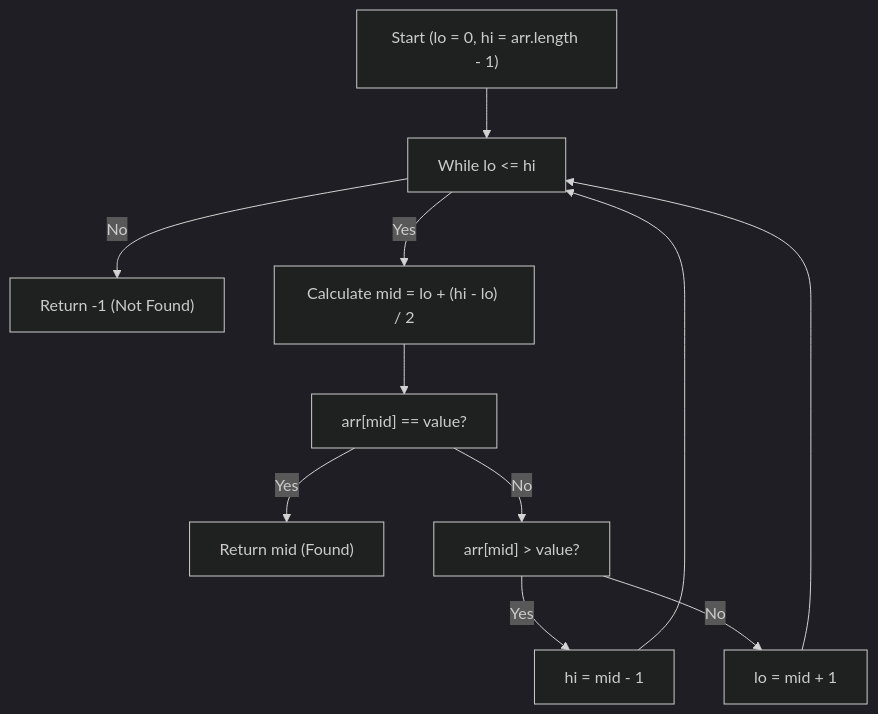
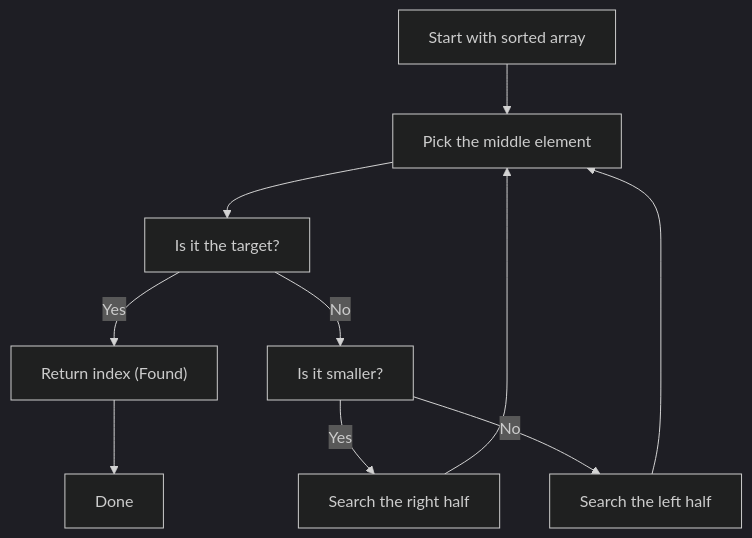
The third of 3 diagrams in dsa/concepts/searching-algos.md (priyanshu-bharti/notes-workflow), drawn with Mermaid (dark theme) before and after one commit. The commit also changed other lines of this file, not shown here.

Commit message:
Updated diagrams for binary search

````diff
--- a/dsa/concepts/searching-algos.md
+++ b/dsa/concepts/searching-algos.md
@@ -185,17 +167,16 @@
 ```mermaid
 graph TD;
-    A["Start (lo = 0, hi = arr.length - 1)"] --> B["While lo <= hi"];
-    B -- "No" --> C["Return -1 (Not Found)"];
-    B -- "Yes" --> D["Calculate mid = lo + (hi - lo) / 2"];
+    A["Start with sorted array"] --> B["Pick the middle element"];
 
-    D --> E["arr[mid] == value?"];
-    E -- "Yes" --> F["Return mid (Found)"];
-    E -- "No" --> G["arr[mid] > value?"];
+    B --> C["Is it the target?"];
+    C -- "Yes" --> D["Return index (Found)"];
 
-    G -- "Yes" --> H["hi = mid - 1"];
-    G -- "No" --> I["lo = mid + 1"];
+    C -- "No" --> E["Is it smaller?"];
+    E -- "Yes" --> F["Search the right half"];
+    E -- "No" --> G["Search the left half"];
 
-    H --> B;
-    I --> B;
+    F --> B;
+    G --> B;
 
+    D --> H["Done"];
 ```
````
